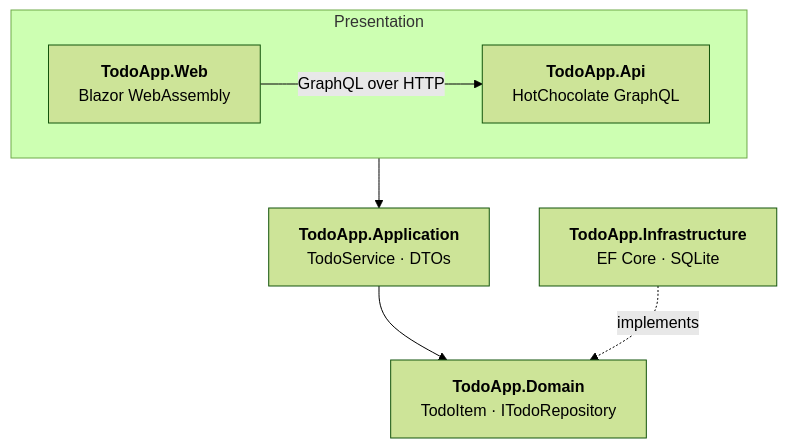
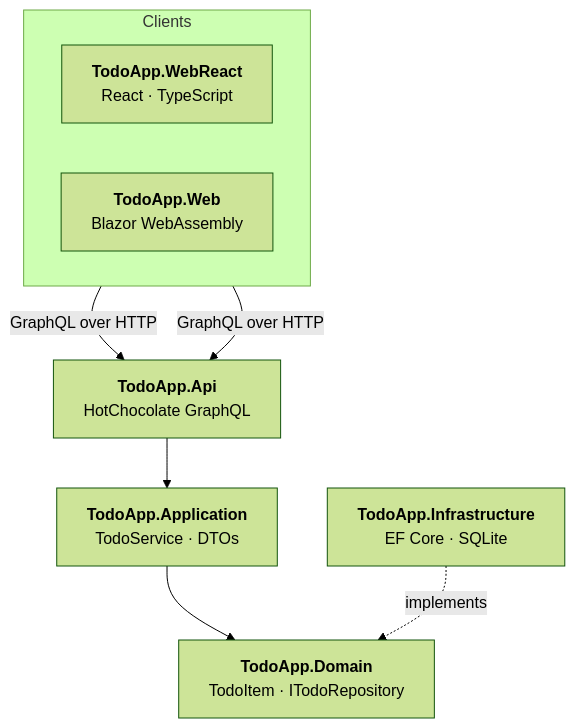
One commit to aabom/Todo-App changed the diagram in README.md. Above: the diagram before and after it, drawn with Mermaid (forest theme). The commit also changed other lines of this file and 3 other files, not shown here.

````diff
--- a/README.md
+++ b/README.md
@@ -60,17 +89,19 @@
 ```mermaid
 flowchart TB
-    subgraph Presentation
+    subgraph Clients
         direction LR
+        React["<b>TodoApp.WebReact</b><br/>React · TypeScript"]
         Web["<b>TodoApp.Web</b><br/>Blazor WebAssembly"]
-        Api["<b>TodoApp.Api</b><br/>HotChocolate GraphQL"]
     end
 
+    Api["<b>TodoApp.Api</b><br/>HotChocolate GraphQL"]
     App["<b>TodoApp.Application</b><br/>TodoService · DTOs"]
     Dom["<b>TodoApp.Domain</b><br/>TodoItem · ITodoRepository"]
     Inf["<b>TodoApp.Infrastructure</b><br/>EF Core · SQLite"]
 
+    React -- "GraphQL over HTTP" --> Api
     Web -- "GraphQL over HTTP" --> Api
     Api --> App
     App --> Dom
     Inf -. implements .-> Dom
 ```
````
